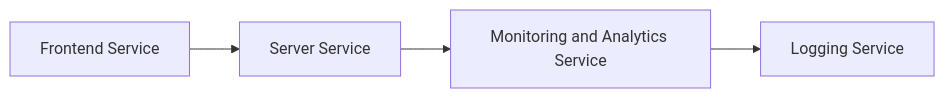
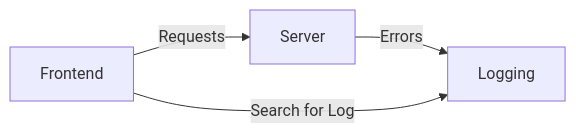
One commit to TeamNovaSoft/qa-exposed-server changed the first of 3 diagrams in docs/ARCHITECTURE.md. Above: the diagram before and after it, drawn with Mermaid. The commit also changed other lines of this file, not shown here.

Commit message:
docs: improves architecture description

````diff
--- a/docs/ARCHITECTURE.md
+++ b/docs/ARCHITECTURE.md
@@ -120,6 +117,6 @@
 ```mermaid
 graph LR
-    A[Frontend Service] --> B[Server Service]
-    B --> C[Monitoring and Analytics Service]
-    C --> D[Logging Service]
+    A[Frontend] -->|Requests| B[Server]
+    B -->|Errors| C[Logging]
+    A -->|Search for Log| C
 ```
````
